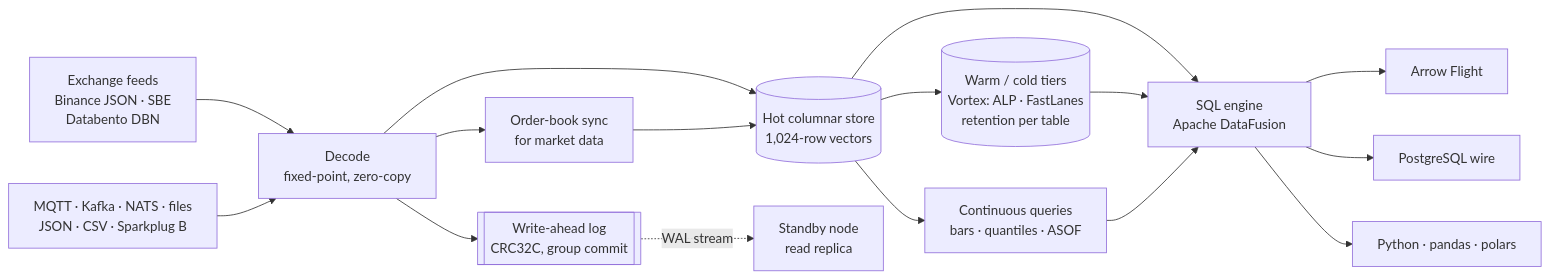
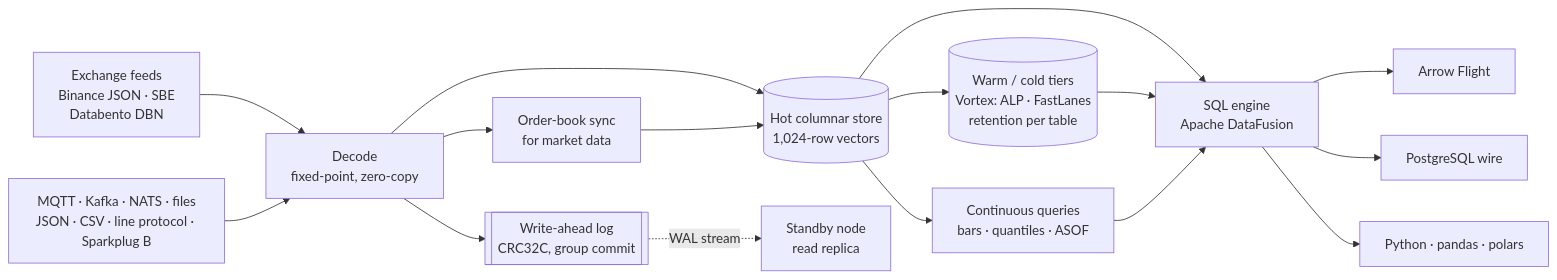
One commit to ualsweb/ankaa changed the diagram in README.md. Above: the diagram before and after it, drawn with Mermaid. The commit also changed other lines of this file and 11 other files, not shown here.

First line of the commit message:
docs: line protocol sources

````diff
--- a/README.md
+++ b/README.md
@@ -51,16 +51,16 @@
 ```mermaid
 flowchart LR
     A[Exchange feeds<br/>Binance JSON · SBE<br/>Databento DBN] --> B[Decode<br/>fixed-point, zero-copy]
-    K[MQTT · Kafka · NATS · files<br/>JSON · CSV · Sparkplug B] --> B
+    K[MQTT · Kafka · NATS · files<br/>JSON · CSV · line protocol · Sparkplug B] --> B
     B --> C[Order-book sync<br/>for market data]
     B --> D[(Hot columnar store<br/>1,024-row vectors)]
     C --> D
     B --> W[[Write-ahead log<br/>CRC32C, group commit]]
     D --> CQ[Continuous queries<br/>bars · quantiles · ASOF]
     D --> E[(Warm / cold tiers<br/>Vortex: ALP · FastLanes<br/>retention per table)]
     D & E & CQ --> Q[SQL engine<br/>Apache DataFusion]
     Q --> F[Arrow Flight]
     Q --> G[PostgreSQL wire]
     Q --> H[Python · pandas · polars]
     W -. WAL stream .-> S[Standby node<br/>read replica]
 ```
````
